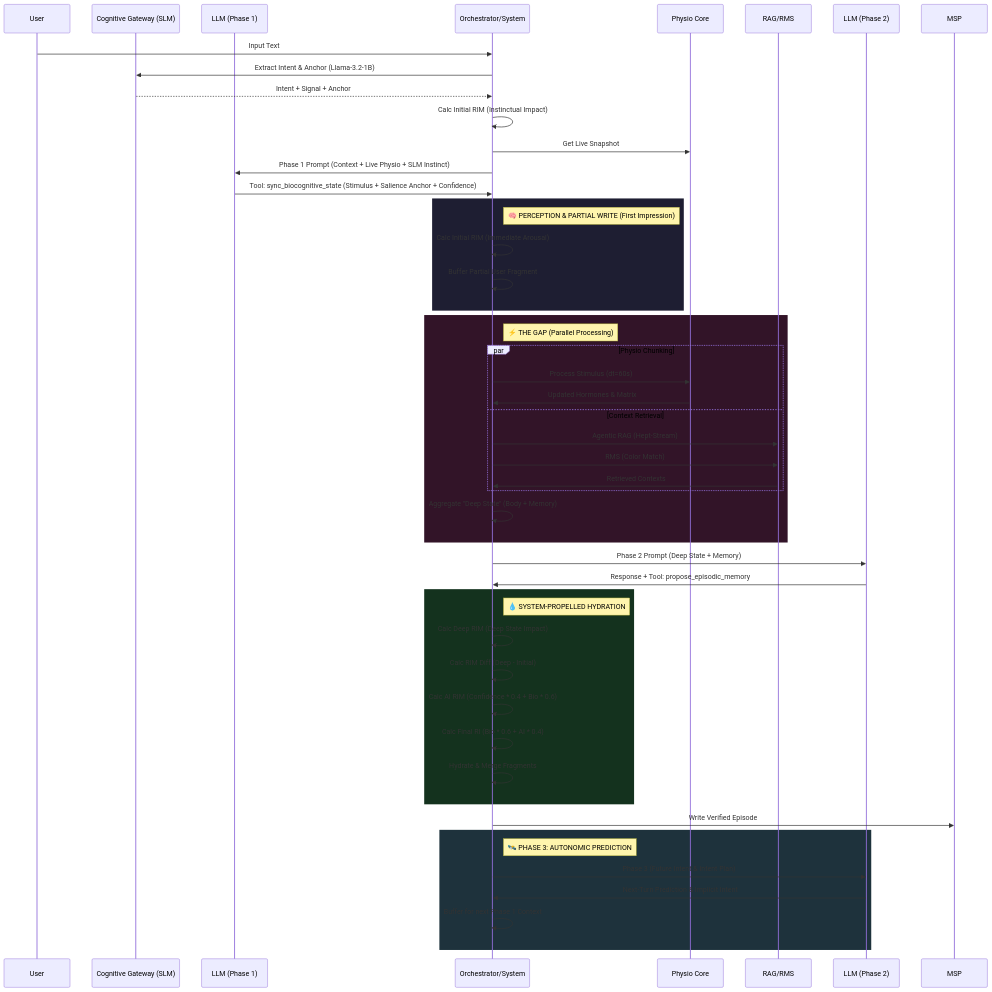
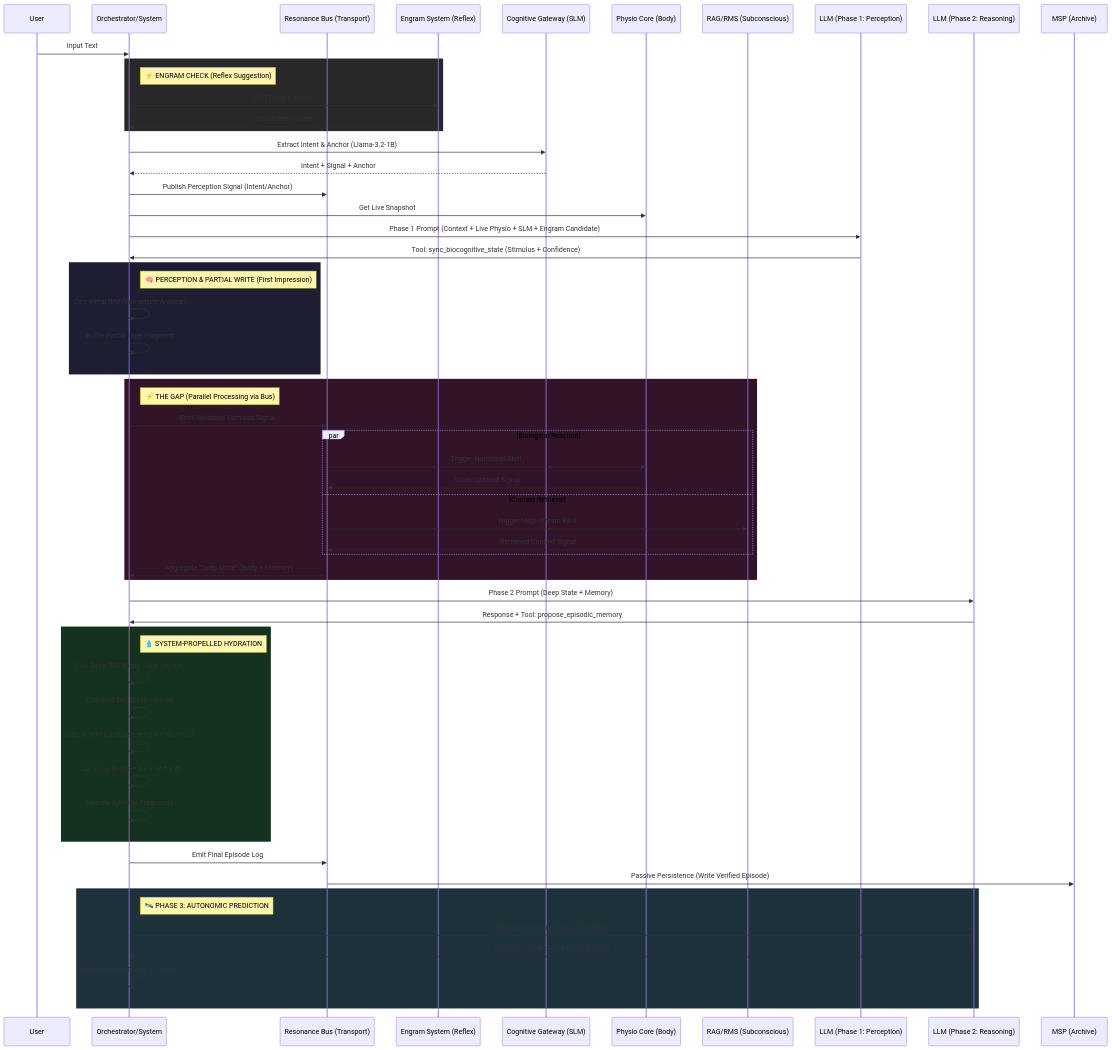
One commit to Freshair129/agentic_agent changed the diagram in docs/03_Architecture/EVA_Gap_Flow.md. Above: the diagram before and after it, drawn with Mermaid. The commit also changed other lines of this file and 128 other files, not shown here.

First line of the commit message:
[Checkpoint] CNS Architecture Formalization & Master Config Integration

````diff
--- a/docs/03_Architecture/EVA_Gap_Flow.md
+++ b/docs/03_Architecture/EVA_Gap_Flow.md
@@ -135,59 +139,69 @@
 ```mermaid
 sequenceDiagram
     participant User
+    participant System as Orchestrator/System
+    participant Bus as Resonance Bus (Transport)
+    participant Engram as Engram System (Reflex)
     participant SLM as Cognitive Gateway (SLM)
-    participant LLM_P1 as LLM (Phase 1)
-    participant System as Orchestrator/System
-    participant Physio as Physio Core
-    participant Memory as RAG/RMS
-    participant LLM_P2 as LLM (Phase 2)
-    participant MSP
+    participant Physio as Physio Core (Body)
+    participant Memory as RAG/RMS (Subconscious)
+    participant LLM_P1 as LLM (Phase 1: Perception)
+    participant LLM_P2 as LLM (Phase 2: Reasoning)
+    participant MSP as MSP (Archive)
 
     User->>System: Input Text
+
+    rect rgb(40, 40, 40)
+        note right of System: ⚡ ENGRAM CHECK (Reflex Suggestion)
+        System->>Engram: O(1) Pattern Match
+        Engram-->>System: Candidate / None
+    end
+
     System->>SLM: Extract Intent & Anchor (Llama-3.2-1B)
     SLM-->>System: Intent + Signal + Anchor
-    System->>System: Calc Initial RIM (Instinctual Impact)
+    System->>Bus: Publish Perception Signal (Intent/Anchor)
     System->>Physio: Get Live Snapshot
-    System->>LLM_P1: Phase 1 Prompt (Context + Live Physio + SLM Instinct)
-    LLM_P1->>System: Tool: sync_biocognitive_state (Stimulus + Salience Anchor + Confidence)
+    System->>LLM_P1: Phase 1 Prompt (Context + Live Physio + SLM + Engram Candidate)
+    LLM_P1->>System: Tool: sync_biocognitive_state (Stimulus + Confidence)
     
     rect rgb(30, 30, 50)
         note right of System: 🧠 PERCEPTION & PARTIAL WRITE (First Impression)
         System->>System: Calc Initial RIM (Immediate Arousal)
         System->>System: Buffer Partial User Fragment
     end
 
     rect rgb(50, 20, 40)
-        note right of System: ⚡ THE GAP (Parallel Processing)
-        par Physio Chunking
-            System->>Physio: Process Stimulus (dt=60s)
-            Physio->>System: Updated Hormones & Matrix
+        note right of System: ⚡ THE GAP (Parallel Processing via Bus)
+        System->>Bus: Emit Validated Stimulus Signal
+        par Biological Reaction
+            Bus->>Physio: Trigger Hormonal Shift
+            Physio-->>Bus: State Updated Signal
         and Context Retrieval
-            System->>Memory: Agentic RAG (Hept-Stream)
-            System->>Memory: RMS (Color Match)
-            Memory->>System: Retrieved Contexts
+            Bus->>Memory: Trigger Hept-Stream RAG
+            Memory-->>Bus: Retrieved Context Signal
         end
-        System->>System: Aggregate "Deep State" (Body + Memory)
+        Bus-->>System: Aggregate "Deep State" (Body + Memory)
     end
 
     System->>LLM_P2: Phase 2 Prompt (Deep State + Memory)
     LLM_P2->>System: Response + Tool: propose_episodic_memory
 
     rect rgb(20, 50, 30)
         note right of System: 💧 SYSTEM-PROPELLED HYDRATION
         System->>System: Calc Deep RIM (Deep State Impact)
         System->>System: Calc RIM Diff (Deep - Initial)
         System->>System: Calc AI RIM (Confidence * 0.4 + Bio * 0.6)
         System->>System: Calc Final RI (Bio * 0.6 + AI * 0.4)
         System->>System: Hydrate & Merge Fragments
     end
 
-    System->>MSP: Write Verified Episode
+    System->>Bus: Emit Final Episode Log
+    Bus->>MSP: Passive Persistence (Write Verified Episode)
 
     rect rgb(30, 50, 60)
         note right of System: 🛰️ PHASE 3: AUTONOMIC PREDICTION
         System->>LLM_P2: Phase 3 (Future Intent & Intent Plan)
         LLM_P2->>System: Next-Turn Prediction & Implicit Intent
         System->>System: Buffer for next Phase 1 Context
     end
 ```
````
